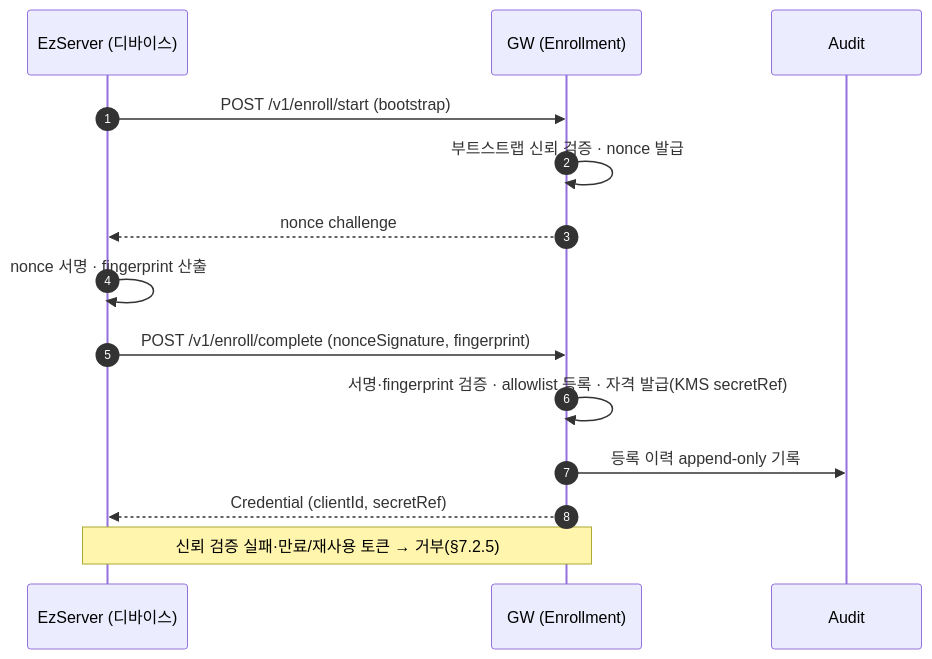
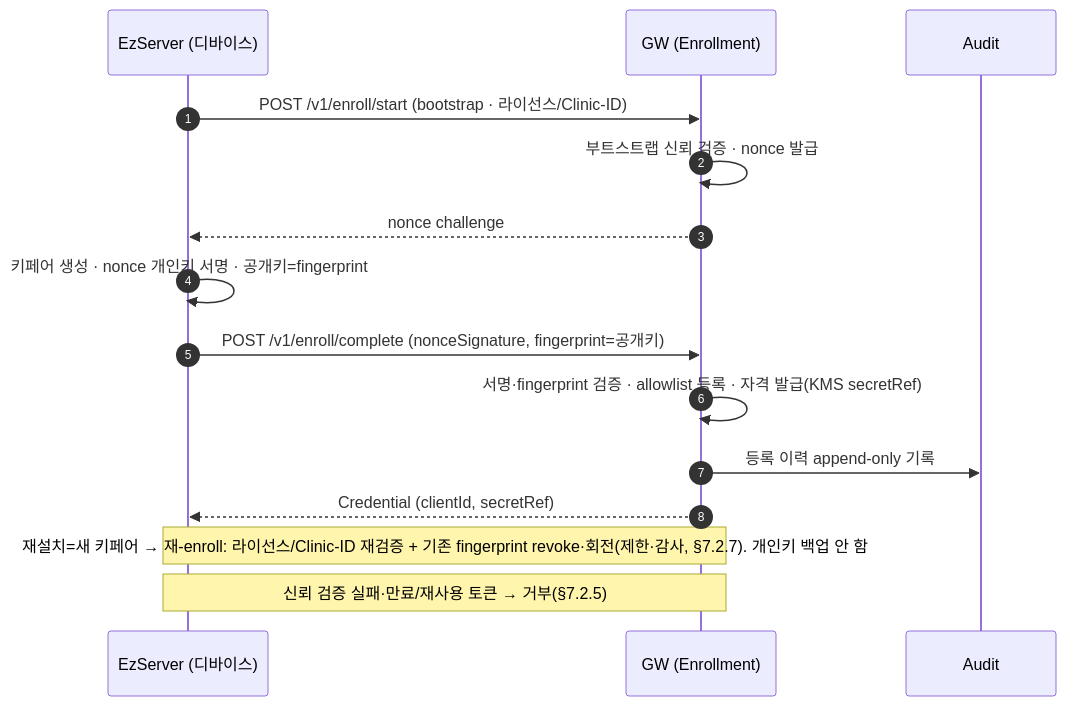
Before and after one commit to gracegyu/scp-architecture: the eighth of 17 diagrams in docs/VT_API_Gateway/08.VT_API_Gateway/specs/03-srs-gateway/SRS.md, drawn with Mermaid. The commit also changed other lines of this file and 3 other files, not shown here.

Commit message:
문서 업데이트: VT API Gateway의 SRS 문서에서 fingerprint 정의를 EzServer가 생성한 키페어의 공개키로 명확히 하고, 재설치 시 fingerprint 회전 정책을 신설하여 라이선스 및 Clinic-ID 재검증 절차를 보강하였습니다. 또한, 관련 DBML 및 OpenAPI 문서에서 fingerprint 관련 내용을 업데이트하여 일관성을 높였습니다.

````diff
--- a/docs/VT_API_Gateway/08.VT_API_Gateway/specs/03-srs-gateway/SRS.md
+++ b/docs/VT_API_Gateway/08.VT_API_Gateway/specs/03-srs-gateway/SRS.md
@@ -492,16 +492,17 @@
 ```mermaid
 sequenceDiagram
     autonumber
     participant D as EzServer (디바이스)
     participant GW as GW (Enrollment)
     participant AUD as Audit
-    D->>GW: POST /v1/enroll/start (bootstrap)
+    D->>GW: POST /v1/enroll/start (bootstrap · 라이선스/Clinic-ID)
     GW->>GW: 부트스트랩 신뢰 검증 · nonce 발급
     GW-->>D: nonce challenge
-    D->>D: nonce 서명 · fingerprint 산출
-    D->>GW: POST /v1/enroll/complete (nonceSignature, fingerprint)
+    D->>D: 키페어 생성 · nonce 개인키 서명 · 공개키=fingerprint
+    D->>GW: POST /v1/enroll/complete (nonceSignature, fingerprint=공개키)
     GW->>GW: 서명·fingerprint 검증 · allowlist 등록 · 자격 발급(KMS secretRef)
     GW->>AUD: 등록 이력 append-only 기록
     GW-->>D: Credential (clientId, secretRef)
+    Note over D,GW: 재설치=새 키페어 → 재-enroll: 라이선스/Clinic-ID 재검증 + 기존 fingerprint revoke·회전(제한·감사, §7.2.7). 개인키 백업 안 함
     Note over D,GW: 신뢰 검증 실패·만료/재사용 토큰 → 거부(§7.2.5)
 ```
````
